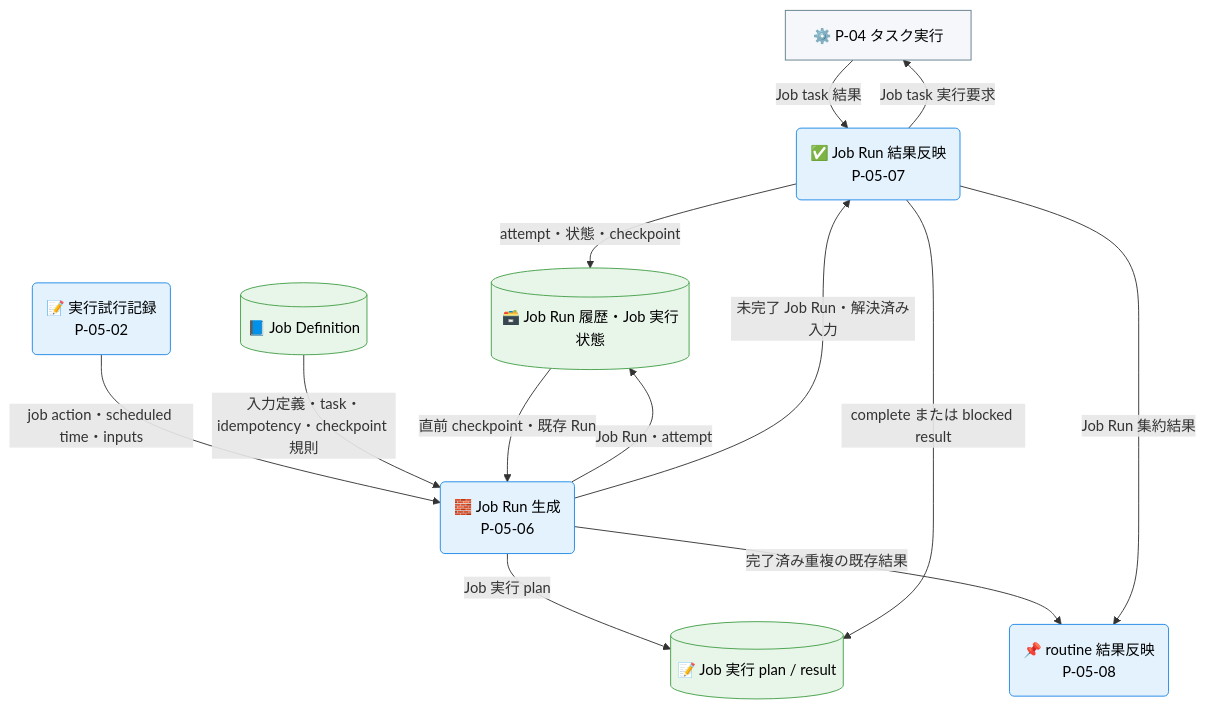
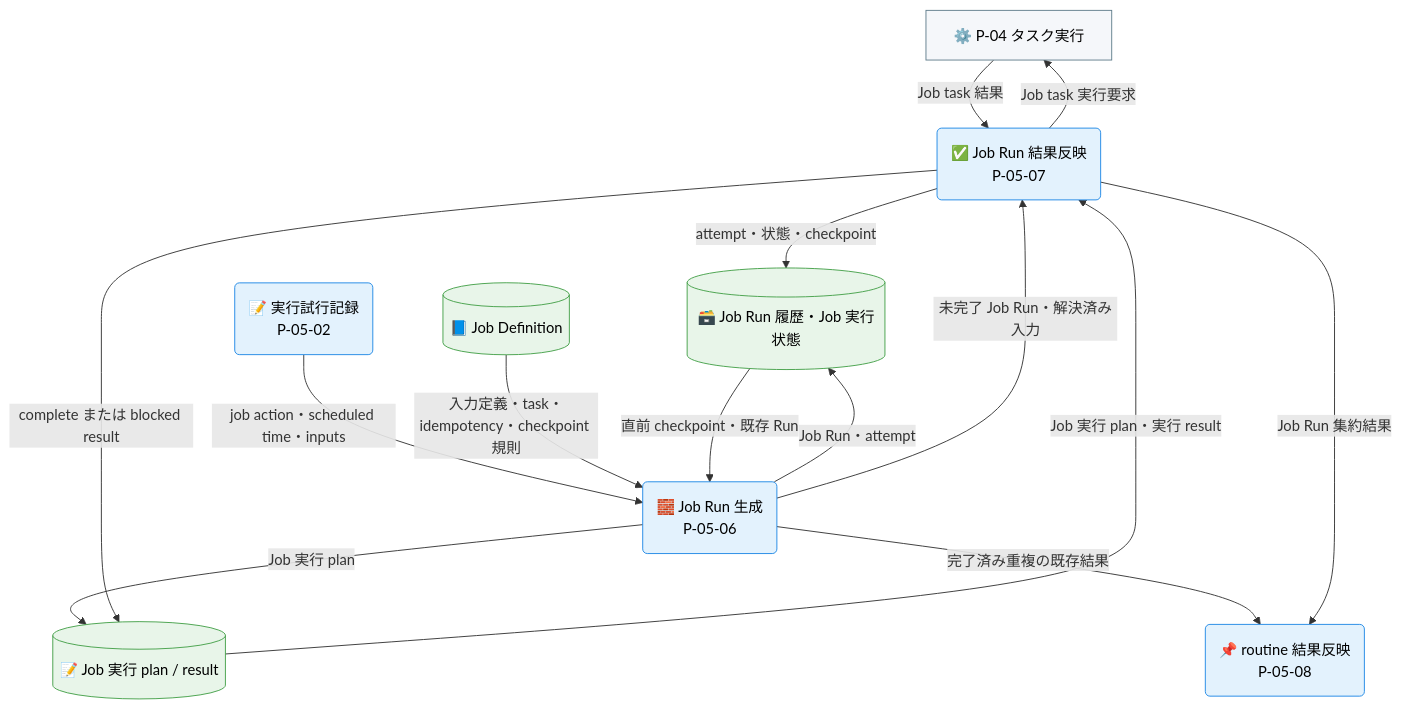
One commit to specdojo/specdojo changed the third of 3 diagrams in docs/ja/product/010-business-specs/010-data-flow/cdfd-routine.md. Above: the diagram before and after it, drawn with Mermaid. The commit also changed 4 other files, not shown here.

Commit message:
exec(T-DATA-FLOW-cdfd-routine-080): apply task changes

````diff
--- a/docs/ja/product/010-business-specs/010-data-flow/cdfd-routine.md
+++ b/docs/ja/product/010-business-specs/010-data-flow/cdfd-routine.md
@@ -177,34 +177,35 @@
 ```mermaid
 flowchart TB
   classDef process fill:#e3f2fd,stroke:#1e88e5,color:#000
   classDef store fill:#e8f5e9,stroke:#43a047,color:#000
   classDef actor fill:#f5f7fa,stroke:#607d8b,color:#000
 
   タスク実行先["⚙️ P-04 タスク実行"]
 
   実行試行記録("📝 実行試行記録<br>P-05-02")
   JobRun生成("🧱 Job Run 生成<br>P-05-06")
   JobRun結果反映("✅ Job Run 結果反映<br>P-05-07")
   routine結果反映("📌 routine 結果反映<br>P-05-08")
 
   JobDefinition[("📘 Job Definition")]
   JobRun履歴[("🗃️ Job Run 履歴・Job 実行状態")]
   planResult[("📝 Job 実行 plan / result")]
 
   実行試行記録 -->|"job action・scheduled time・inputs"| JobRun生成
   JobDefinition -->|"入力定義・task・idempotency・checkpoint 規則"| JobRun生成
   JobRun履歴 -->|"直前 checkpoint・既存 Run"| JobRun生成
   JobRun生成 -->|"Job Run・attempt"| JobRun履歴
   JobRun生成 -->|"Job 実行 plan"| planResult
   JobRun生成 -->|"未完了 Job Run・解決済み入力"| JobRun結果反映
   JobRun生成 -->|"完了済み重複の既存結果"| routine結果反映
+  planResult -->|"Job 実行 plan・実行 result"| JobRun結果反映
   JobRun結果反映 -->|"Job task 実行要求"| タスク実行先
   タスク実行先 -->|"Job task 結果"| JobRun結果反映
   JobRun結果反映 -->|"attempt・状態・checkpoint"| JobRun履歴
   JobRun結果反映 -->|"complete または blocked result"| planResult
   JobRun結果反映 -->|"Job Run 集約結果"| routine結果反映
 
   class 実行試行記録,JobRun生成,JobRun結果反映,routine結果反映 process
   class JobDefinition,JobRun履歴,planResult store
   class タスク実行先 actor
 ```
````
